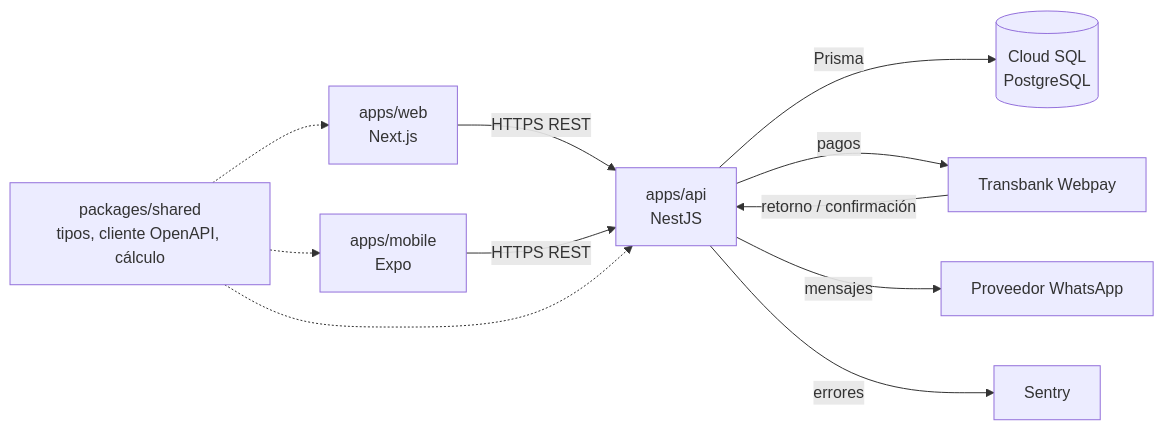
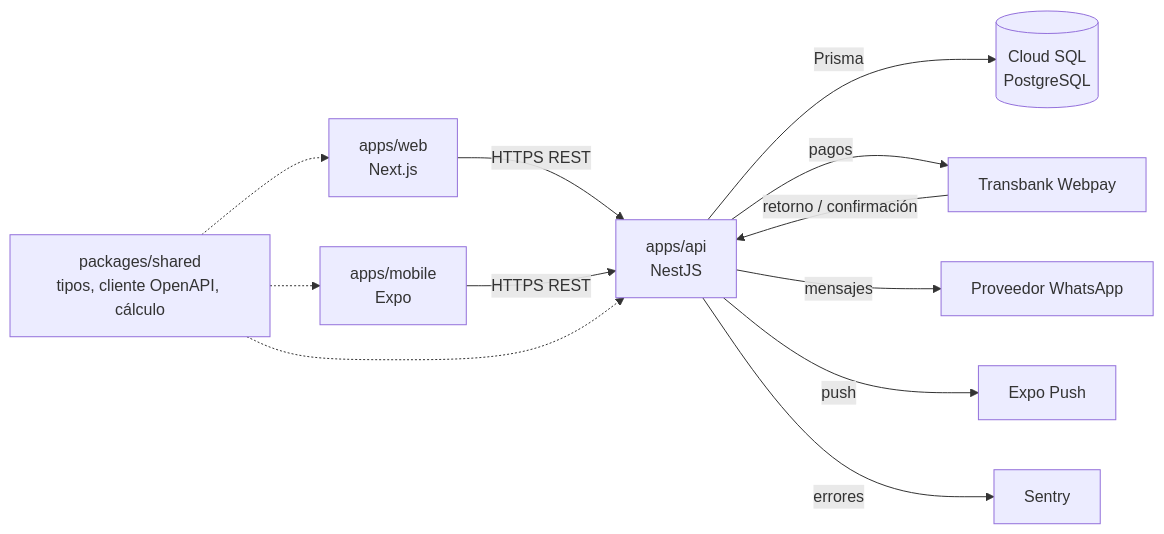
Before and after one commit to misterexcel/ComVive: the first of 2 diagrams in docs/arquitectura.md, drawn with Mermaid. The commit also changed other lines of this file and 20 other files, not shown here.

First line of the commit message:
docs: resolve design review 2 across spec, architecture, design and QA

````diff
--- a/docs/arquitectura.md
+++ b/docs/arquitectura.md
@@ -23,13 +23,14 @@
 ```mermaid
 flowchart LR
   W[apps/web<br/>Next.js] -->|HTTPS REST| A[apps/api<br/>NestJS]
   M[apps/mobile<br/>Expo] -->|HTTPS REST| A
   S[packages/shared<br/>tipos, cliente OpenAPI, cálculo] -.-> W
   S -.-> M
   S -.-> A
   A -->|Prisma| DB[(Cloud SQL<br/>PostgreSQL)]
   A -->|pagos| TB[Transbank Webpay]
   A -->|mensajes| WA[Proveedor WhatsApp]
+  A -->|push| EX[Expo Push]
   A -->|errores| SE[Sentry]
   TB -->|retorno / confirmación| A
 ```
````
